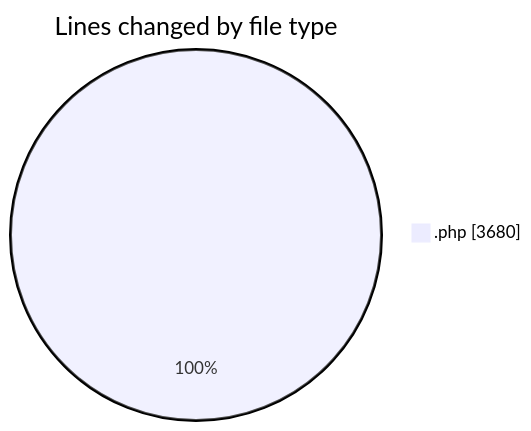
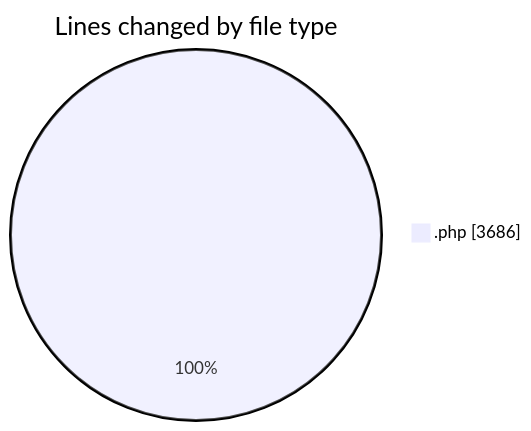
One commit to debugP/code-tracking changed the first of 2 diagrams in 2026-08-05/untitled__workspace_/README.md. Above: the diagram before and after it, drawn with Mermaid. The commit also changed other lines of this file and 1 other file, not shown here.

````diff
--- a/2026-08-05/untitled__workspace_/README.md
+++ b/2026-08-05/untitled__workspace_/README.md
@@ -21,5 +21,5 @@
 ```mermaid
 pie showData
 title Lines changed by file type
-".php" : 3680
+".php" : 3686
 ```
````
